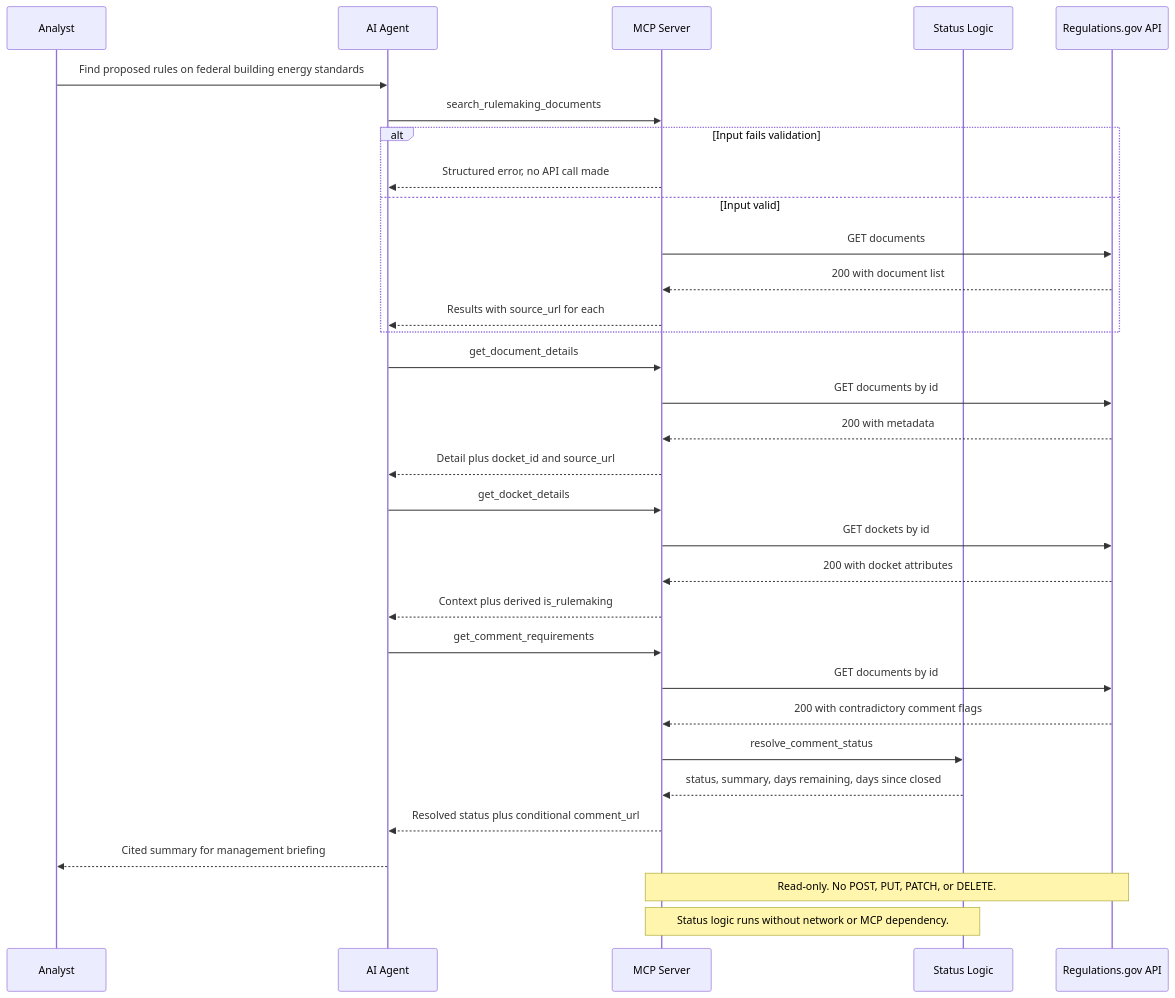
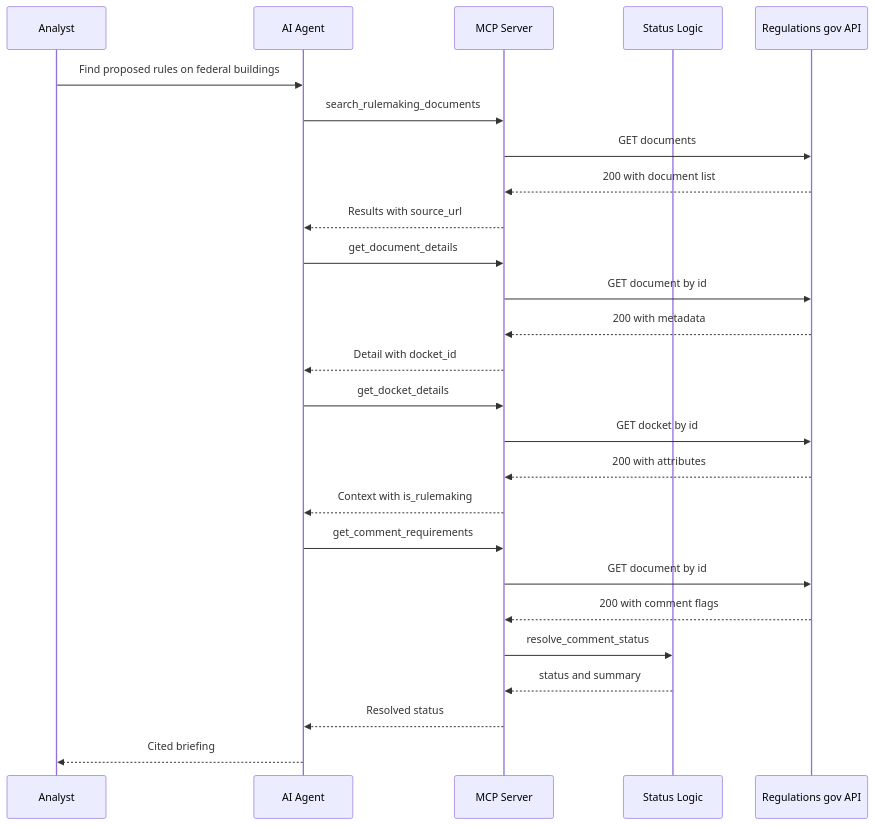
One commit to jorgenunezGH/federal-rulemaking-mcp changed the diagram in docs/security_and_governance.md. Above: the diagram before and after it, drawn with Mermaid. The commit also changed other lines of this file, not shown here.

Commit message:
Replace sequence diagram with verified Mermaid syntax
Use the simplified form confirmed to render in mermaid.live. Error paths
move to a table since the diagram no longer shows conditional branches.

````diff
--- a/docs/security_and_governance.md
+++ b/docs/security_and_governance.md
@@ -185,41 +185,28 @@
 ```mermaid
 sequenceDiagram
     participant A as Analyst
     participant Agent as AI Agent
     participant MCP as MCP Server
     participant L as Status Logic
-    participant API as Regulations.gov API
-
-    A->>Agent: Find proposed rules on federal building energy standards
+    participant API as Regulations gov API
+    A->>Agent: Find proposed rules on federal buildings
     Agent->>MCP: search_rulemaking_documents
-
-    alt Input fails validation
-        MCP-->>Agent: Structured error, no API call made
-    else Input valid
-        MCP->>API: GET documents
-        API-->>MCP: 200 with document list
-        MCP-->>Agent: Results with source_url for each
-    end
-
+    MCP->>API: GET documents
+    API-->>MCP: 200 with document list
+    MCP-->>Agent: Results with source_url
     Agent->>MCP: get_document_details
-    MCP->>API: GET documents by id
+    MCP->>API: GET document by id
     API-->>MCP: 200 with metadata
-    MCP-->>Agent: Detail plus docket_id and source_url
-
+    MCP-->>Agent: Detail with docket_id
     Agent->>MCP: get_docket_details
-    MCP->>API: GET dockets by id
-    API-->>MCP: 200 with docket attributes
-    MCP-->>Agent: Context plus derived is_rulemaking
-
+    MCP->>API: GET docket by id
+    API-->>MCP: 200 with attributes
+    MCP-->>Agent: Context with is_rulemaking
     Agent->>MCP: get_comment_requirements
-    MCP->>API: GET documents by id
-    API-->>MCP: 200 with contradictory comment flags
+    MCP->>API: GET document by id
+    API-->>MCP: 200 with comment flags
     MCP->>L: resolve_comment_status
-    L-->>MCP: status, summary, days remaining, days since closed
-    MCP-->>Agent: Resolved status plus conditional comment_url
-
-    Agent-->>A: Cited summary for management briefing
-
-    Note over MCP,API: Read-only. No POST, PUT, PATCH, or DELETE.
-    Note over MCP,L: Status logic runs without network or MCP dependency.
+    L-->>MCP: status and summary
+    MCP-->>Agent: Resolved status
+    Agent-->>A: Cited briefing
 ```
````
